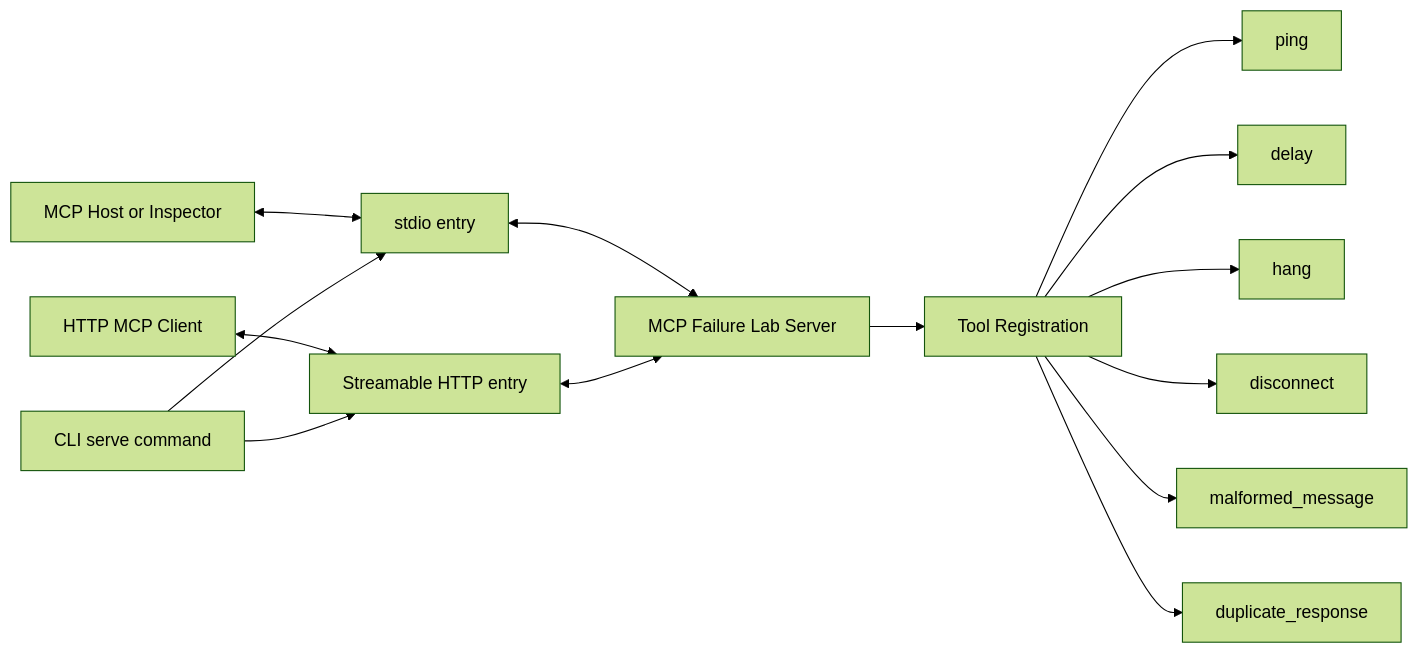
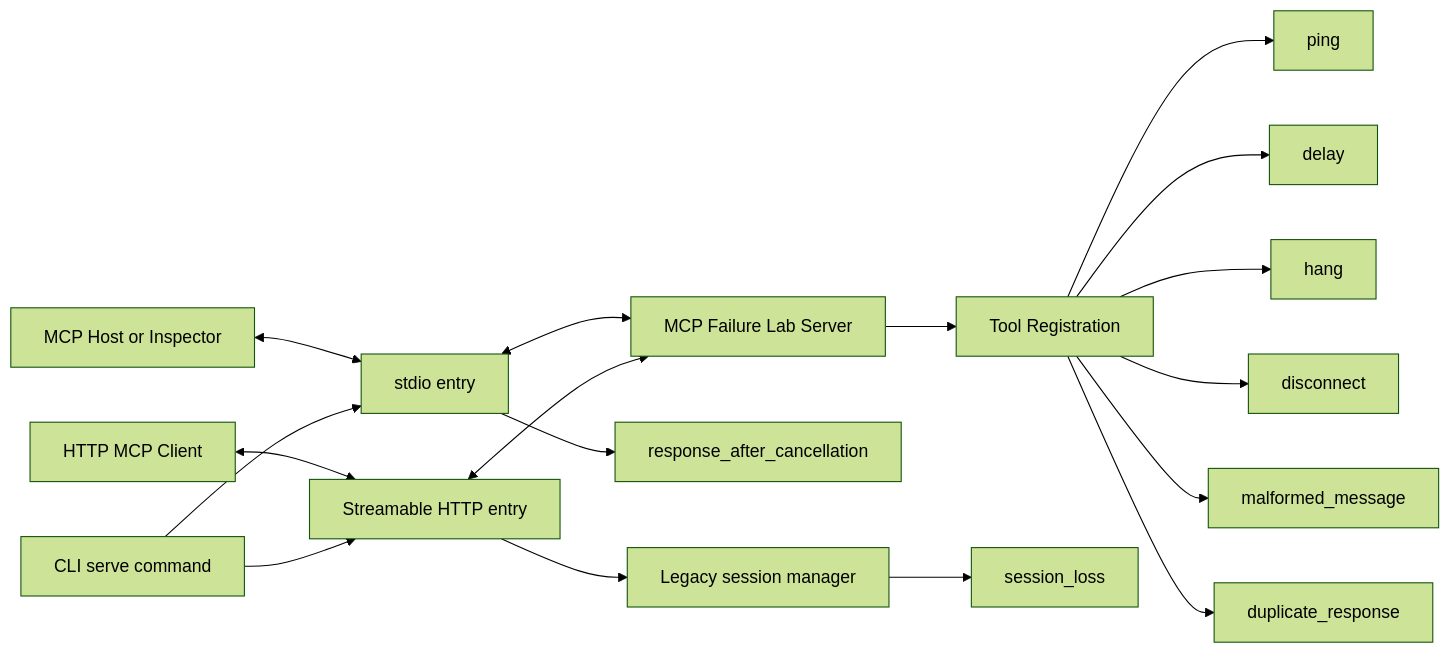
Before and after one commit to anilloutombam/mcplab.dev: the first of 4 diagrams in src/content/docs/docs/architecture.mdx, drawn with Mermaid (forest theme). The commit also changed other lines of this file and 5 other files, not shown here.

First line of the commit message:
docs: document session-loss fault behavior (#37)

````diff
--- a/src/content/docs/docs/architecture.mdx
+++ b/src/content/docs/docs/architecture.mdx
@@ -10,16 +10,19 @@
 ```mermaid
 graph LR
     Host[MCP Host or Inspector] <--> Stdio[stdio entry]
     HttpClient[HTTP MCP Client] <--> Http[Streamable HTTP entry]
     Stdio <--> Server[MCP Failure Lab Server]
     Http <--> Server
     Server --> Registration[Tool Registration]
     Registration --> Ping[ping]
     Registration --> Delay[delay]
     Registration --> Hang[hang]
     Registration --> Disconnect[disconnect]
     Registration --> Malformed[malformed_message]
     Registration --> Duplicate[duplicate_response]
+    Stdio --> LateResponse[response_after_cancellation]
+    Http --> LegacySessions[Legacy session manager]
+    LegacySessions --> SessionLoss[session_loss]
     CLI[CLI serve command] --> Stdio
     CLI --> Http
 ```
````
